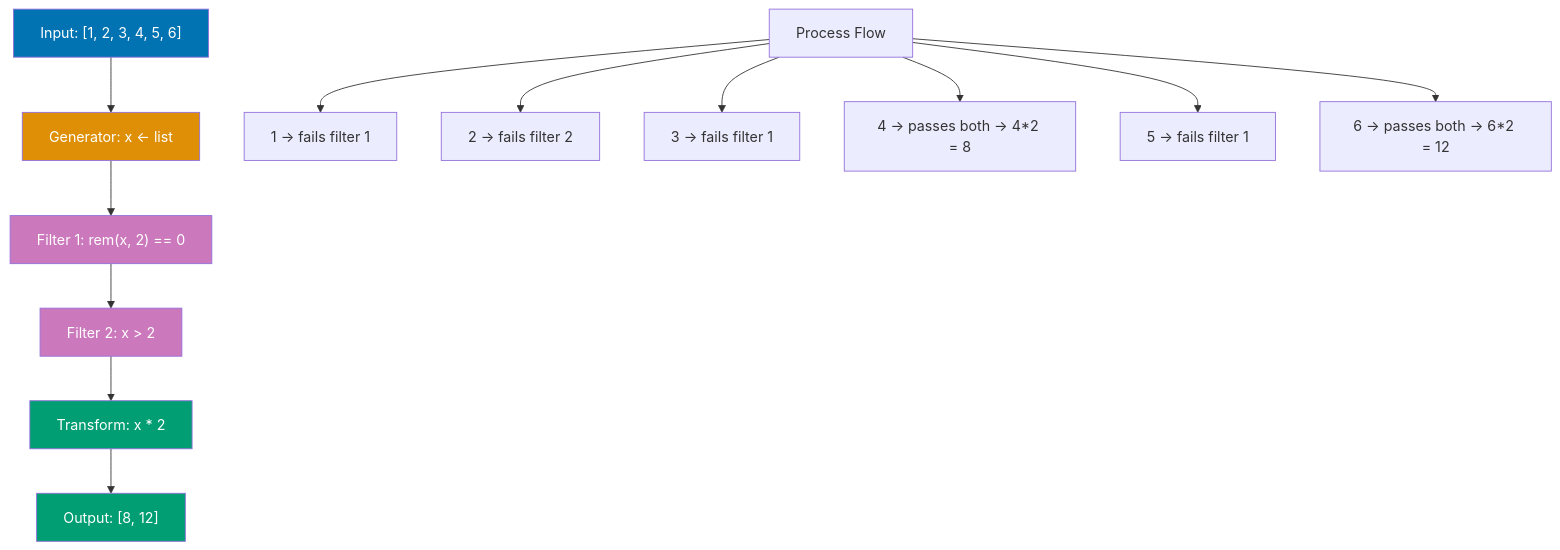
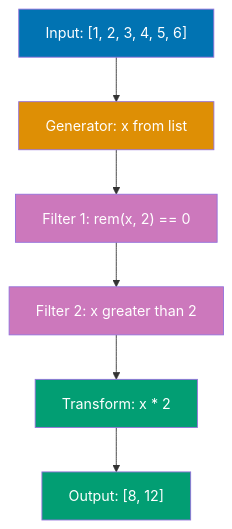
Diagram 17 of 20 in apps/ayokoding-web/content/en/learn/software-engineering/programming-languages/elixir/tutorials/by-example/advanced.md (wahidyankf/open-sharia-enterprise), drawn with Mermaid before and after one commit. The commit also changed other lines of this file and 86 other files, not shown here.

First line of the commit message:
feat(diagrams): implement TD default layout and diagram splitting for mobile

````diff
--- a/apps/ayokoding-web/content/en/learn/software-engineering/programming-languages/elixir/tutorials/by-example/advanced.md
+++ b/apps/ayokoding-web/content/en/learn/software-engineering/programming-languages/elixir/tutorials/by-example/advanced.md
@@ -2209,23 +2247,15 @@
 ```mermaid
-%% Color Palette: Blue #0173B2, Orange #DE8F05, Teal #029E73, Purple #CC78BC, Brown #CA9161
-graph TB
-    Input["Input: [1, 2, 3, 4, 5, 6]"] --> Generator["Generator: x <- list"]
-    Generator --> Filter1["Filter 1: rem(x, 2) == 0"]
-    Filter1 --> Filter2["Filter 2: x > 2"]
+graph TD
+    Input["Input: #91;1, 2, 3, 4, 5, 6#93;"] --> Generator["Generator: x from list"]
+    Generator --> Filter1["Filter 1: rem#40;x, 2#41; == 0"]
+    Filter1 --> Filter2["Filter 2: x greater than 2"]
     Filter2 --> Transform["Transform: x * 2"]
-    Transform --> Output["Output: [8, 12]"]
-
-    Details["Process Flow"] --> G1["1 → fails filter 1"]
-    Details --> G2["2 → fails filter 2"]
-    Details --> G3["3 → fails filter 1"]
-    Details --> G4["4 → passes both → 4*2 = 8"]
-    Details --> G5["5 → fails filter 1"]
-    Details --> G6["6 → passes both → 6*2 = 12"]
+    Transform --> Output["Output: #91;8, 12#93;"]
 
     style Input fill:#0173B2,color:#fff
     style Generator fill:#DE8F05,color:#fff
     style Filter1 fill:#CC78BC,color:#fff
     style Filter2 fill:#CC78BC,color:#fff
     style Transform fill:#029E73,color:#fff
     style Output fill:#029E73,color:#fff
 ```
````
